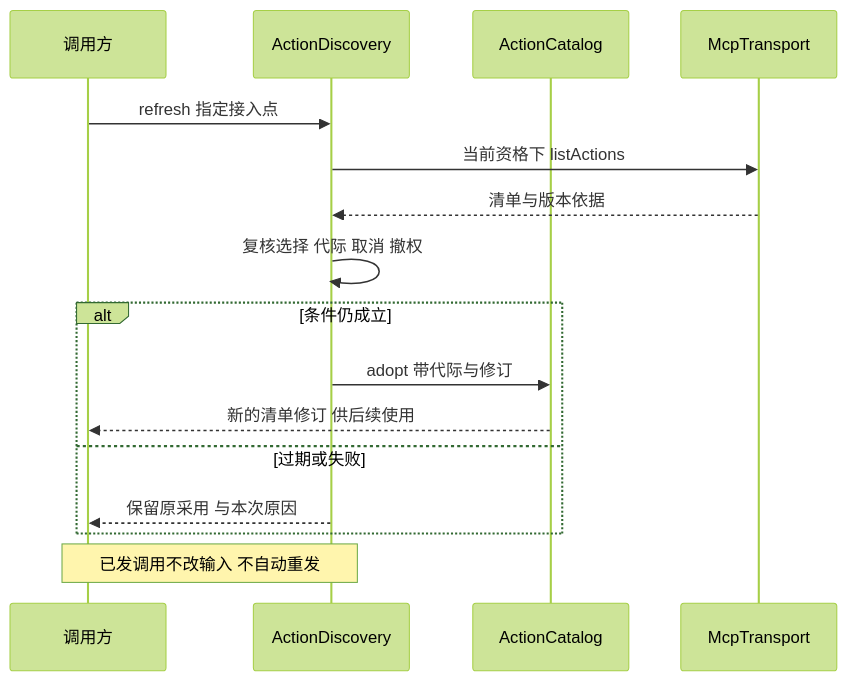
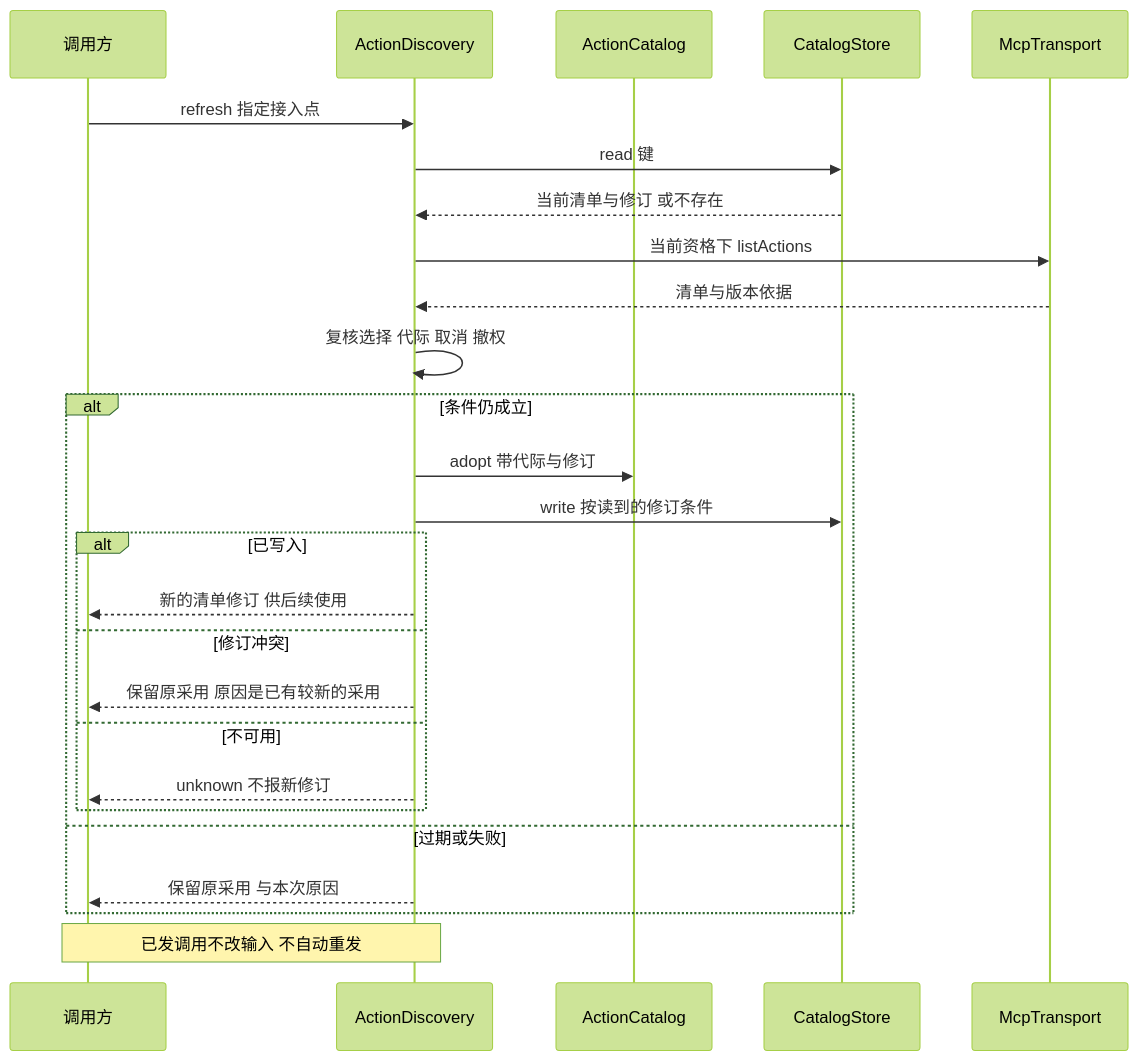
Before and after one commit to nemori-ai/omne-harness-lite: the second of 3 diagrams in packages/mcp/docs/key-flows.md, drawn with Mermaid (forest theme). The commit also changed other lines of this file and 4 other files, not shown here.

````diff
--- a/packages/mcp/docs/key-flows.md
+++ b/packages/mcp/docs/key-flows.md
@@ -61,18 +64,28 @@
 ```mermaid
 sequenceDiagram
     participant C as 调用方
     participant A as ActionDiscovery
     participant K as ActionCatalog
+    participant S as CatalogStore
     participant P as McpTransport
     C->>A: refresh 指定接入点
+    A->>S: read 键
+    S-->>A: 当前清单与修订 或不存在
     A->>P: 当前资格下 listActions
     P-->>A: 清单与版本依据
     A->>A: 复核选择 代际 取消 撤权
     alt 条件仍成立
         A->>K: adopt 带代际与修订
-        K-->>C: 新的清单修订 供后续使用
+        A->>S: write 按读到的修订条件
+        alt 已写入
+            A-->>C: 新的清单修订 供后续使用
+        else 修订冲突
+            A-->>C: 保留原采用 原因是已有较新的采用
+        else 不可用
+            A-->>C: unknown 不报新修订
+        end
     else 过期或失败
         A-->>C: 保留原采用 与本次原因
     end
     Note over A,C: 已发调用不改输入 不自动重发
 ```
````
